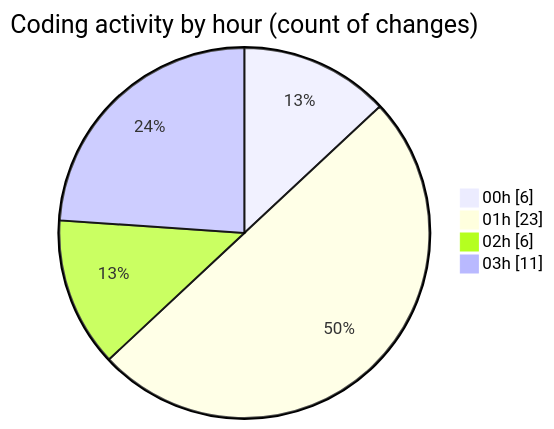
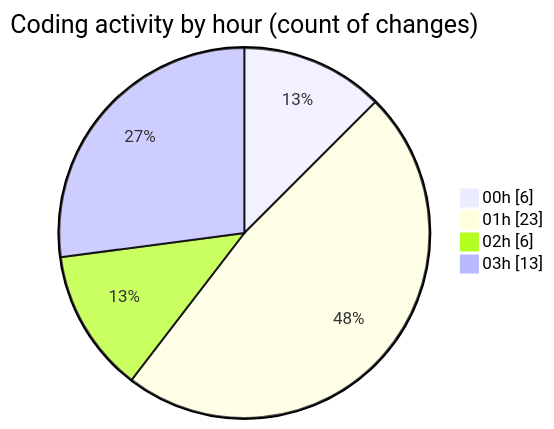
One commit to EIIisD/code-tracking changed the second of 2 diagrams in 2025-07-28/refunds/README.md. Above: the diagram before and after it, drawn with Mermaid. The commit also changed other lines of this file and 1 other file, not shown here.

````diff
--- a/2025-07-28/refunds/README.md
+++ b/2025-07-28/refunds/README.md
@@ -36,8 +36,8 @@
 ```mermaid
 pie showData
 title Coding activity by hour (count of changes)
 "00h" : 6
 "01h" : 23
 "02h" : 6
-"03h" : 11
+"03h" : 13
 ```
````
